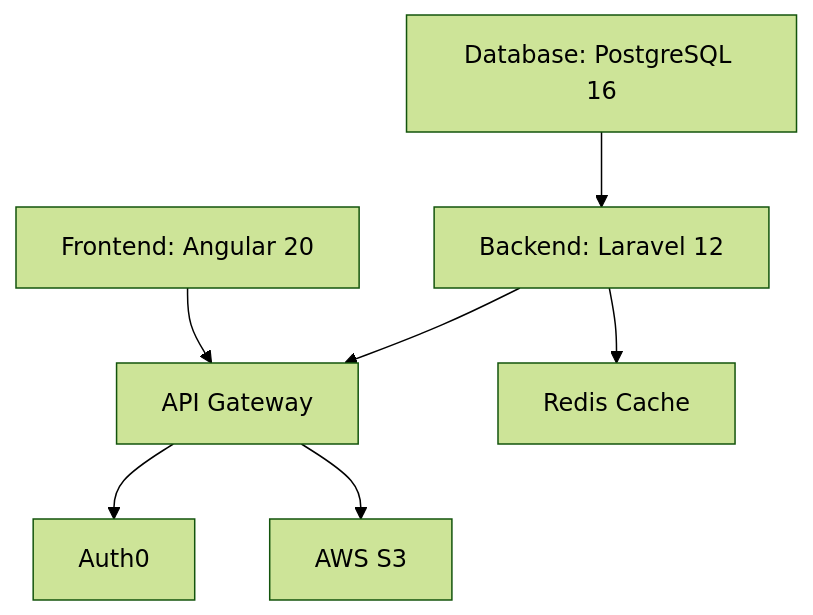
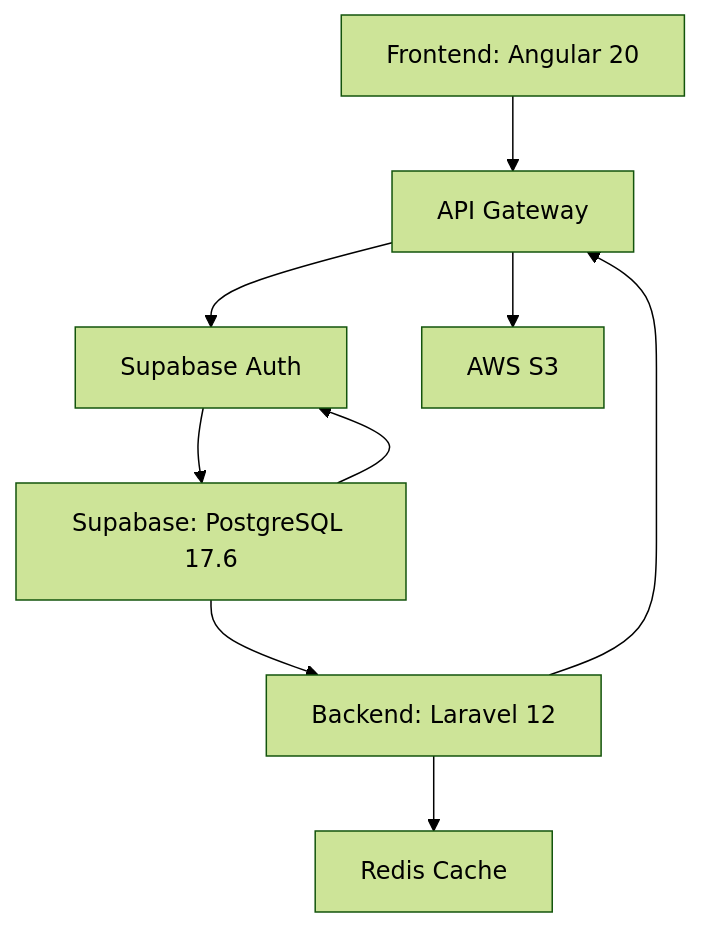
The diagram in docs/index.md (tqlismqn/gtrack-docs), drawn with Mermaid (forest theme) before and after one commit. The commit also changed other lines of this file, not shown here.

First line of the commit message:
docs: update Home page - Auth0 → Supabase, Drivers 90% → 95%

````diff
--- a/docs/index.md
+++ b/docs/index.md
@@ -66,9 +66,11 @@
 ```mermaid
 graph TB
     A[Frontend: Angular 20] --> D[API Gateway]
     B[Backend: Laravel 12] --> D
-    C[Database: PostgreSQL 16] --> B
-    D --> E[Auth0]
+    C[Supabase: PostgreSQL 17.6] --> B
+    C --> E[Supabase Auth]
+    D --> E
     D --> F[AWS S3]
     B --> G[Redis Cache]
+    E --> C
 ```
````
